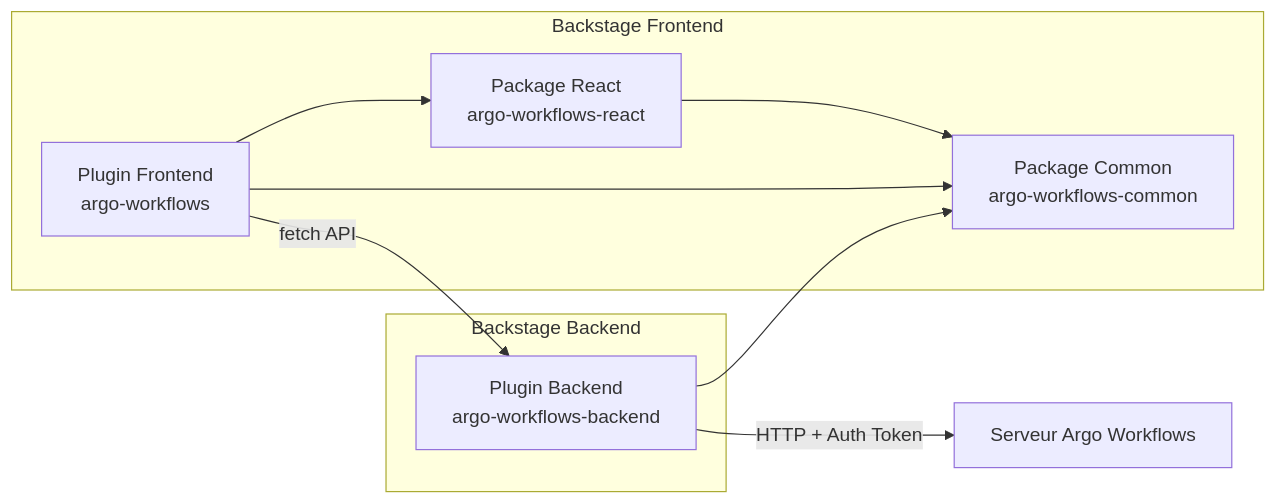
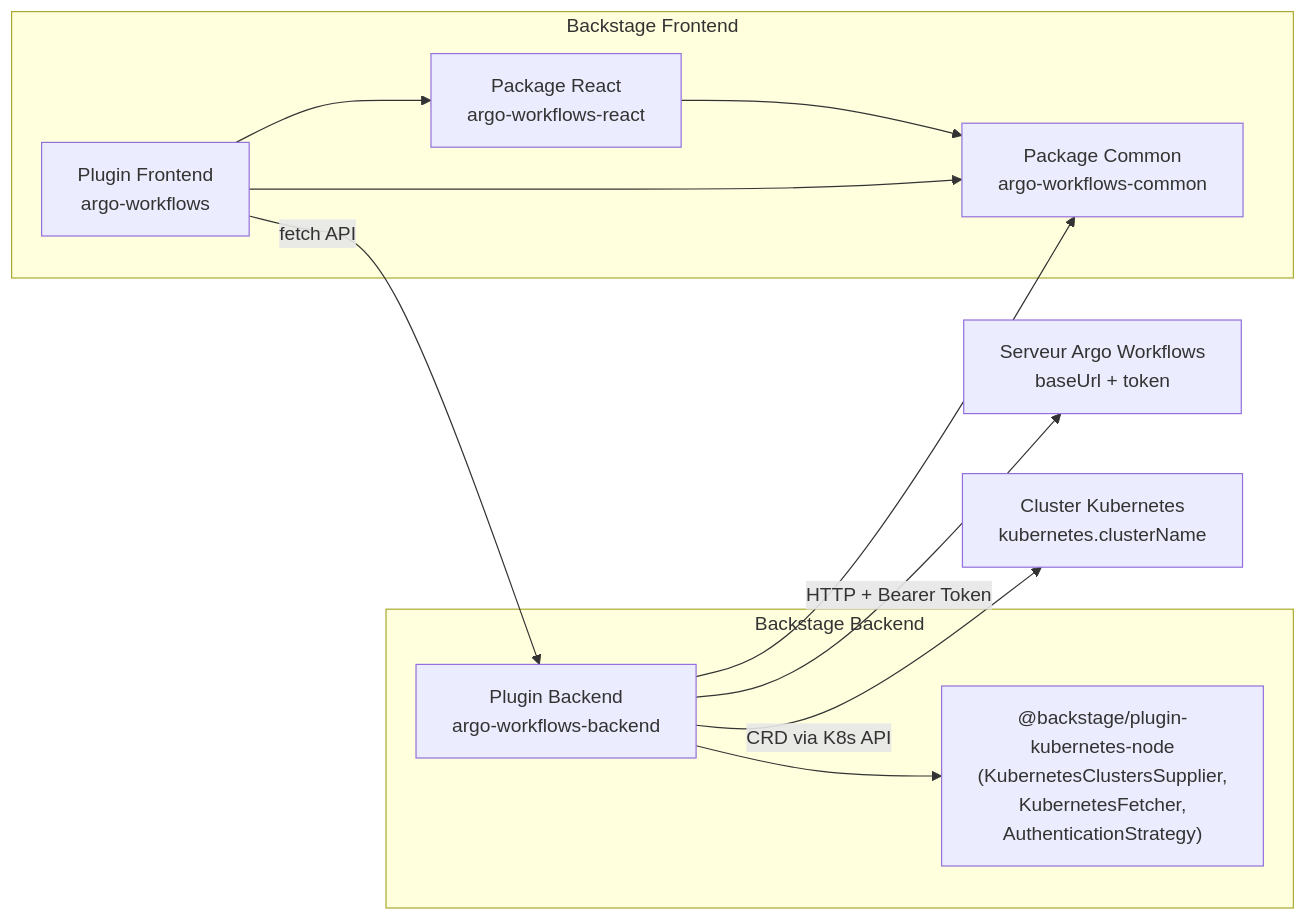
One commit to alithya-oss/backstage-plugins changed the first of 3 diagrams in .kiro/specs/argo-workflows/design.md. Above: the diagram before and after it, drawn with Mermaid. The commit also changed other lines of this file and 2 other files, not shown here.

Commit message:
feat(argo-workflows): updated specs documents

````diff
--- a/.kiro/specs/argo-workflows/design.md
+++ b/.kiro/specs/argo-workflows/design.md
@@ -19,15 +19,17 @@
 ```mermaid
 graph LR
     subgraph Backstage Frontend
         A[Plugin Frontend<br/>argo-workflows] --> B[Package React<br/>argo-workflows-react]
         B --> C[Package Common<br/>argo-workflows-common]
         A --> C
     end
 
     subgraph Backstage Backend
         D[Plugin Backend<br/>argo-workflows-backend] --> C
+        D --> K8S["@backstage/plugin-kubernetes-node<br/>(KubernetesClustersSupplier,<br/>KubernetesFetcher,<br/>AuthenticationStrategy)"]
     end
 
     A -->|fetch API| D
-    D -->|HTTP + Auth Token| E[Serveur Argo Workflows]
+    D -->|HTTP + Bearer Token| E[Serveur Argo Workflows<br/>baseUrl + token]
+    D -->|CRD via K8s API| F[Cluster Kubernetes<br/>kubernetes.clusterName]
 ```
````
